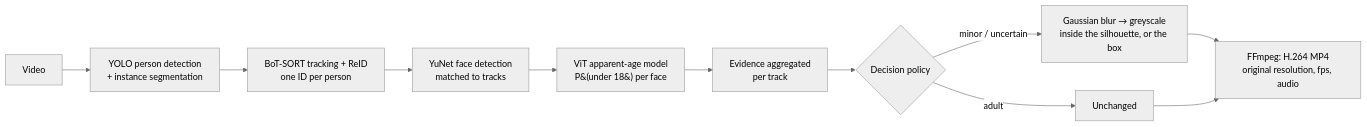
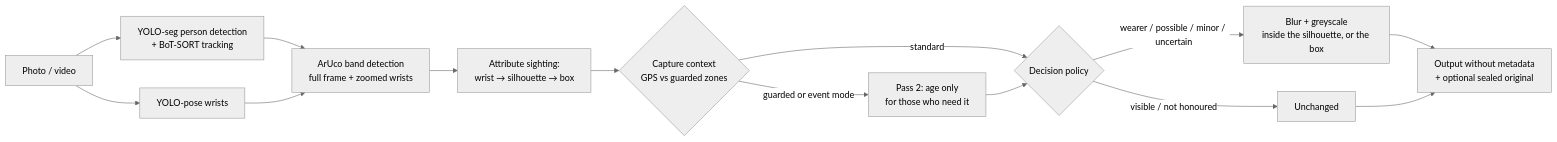
Before and after one commit to issamarida/safeframe: the diagram in docs/TECHNICAL.md, drawn with Mermaid (neutral theme). The commit also changed other lines of this file and 2 other files, not shown here.

First line of the commit message:
docs: update technical, architecture and development guides

````diff
--- a/docs/TECHNICAL.md
+++ b/docs/TECHNICAL.md
@@ -33,13 +36,16 @@
 ```mermaid
 flowchart LR
-    A[Video] --> B[YOLO person detection<br/>+ instance segmentation]
-    B --> C[BoT-SORT tracking + ReID<br/>one ID per person]
-    C --> D[YuNet face detection<br/>matched to tracks]
-    D --> E[ViT apparent-age model<br/>P&#40;under 18&#41; per face]
-    E --> F[Evidence aggregated<br/>per track]
-    F --> G{Decision policy}
-    G -->|minor / uncertain| H[Gaussian blur → greyscale<br/>inside the silhouette, or the box]
-    G -->|adult| I[Unchanged]
-    H --> J[FFmpeg: H.264 MP4<br/>original resolution, fps, audio]
+    A[Photo / video] --> B[YOLO-seg person detection<br/>+ BoT-SORT tracking]
+    A --> P[YOLO-pose wrists]
+    B --> C[ArUco band detection<br/>full frame + zoomed wrists]
+    P --> C
+    C --> D[Attribute sighting:<br/>wrist → silhouette → box]
+    D --> E{Capture context<br/>GPS vs guarded zones}
+    E -->|guarded or event mode| F[Pass 2: age only<br/>for those who need it]
+    E -->|standard| G{Decision policy}
+    F --> G
+    G -->|wearer / possible / minor / uncertain| H[Blur + greyscale<br/>inside the silhouette, or the box]
+    G -->|visible / not honoured| I[Unchanged]
+    H --> J[Output without metadata<br/>+ optional sealed original]
     I --> J
 ```
````
